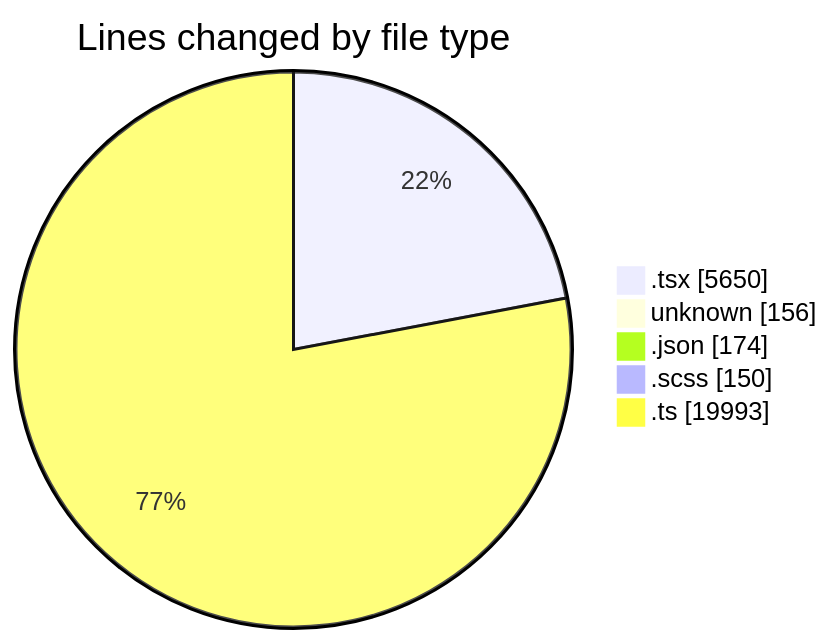
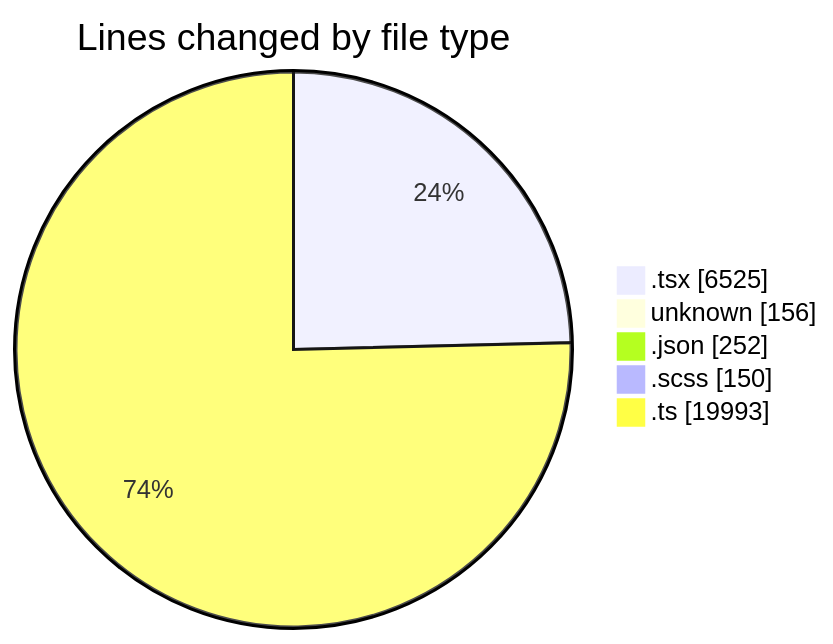
The first of 2 diagrams in 2026-09-28/cda/README.md (momahboobian/code-tracking), drawn with Mermaid before and after one commit. The commit also changed other lines of this file and 1 other file, not shown here.

````diff
--- a/2026-09-28/cda/README.md
+++ b/2026-09-28/cda/README.md
@@ -47,9 +50,9 @@
 ```mermaid
 pie showData
 title Lines changed by file type
-".tsx" : 5650
+".tsx" : 6525
 "unknown" : 156
-".json" : 174
+".json" : 252
 ".scss" : 150
 ".ts" : 19993
 ```
````
